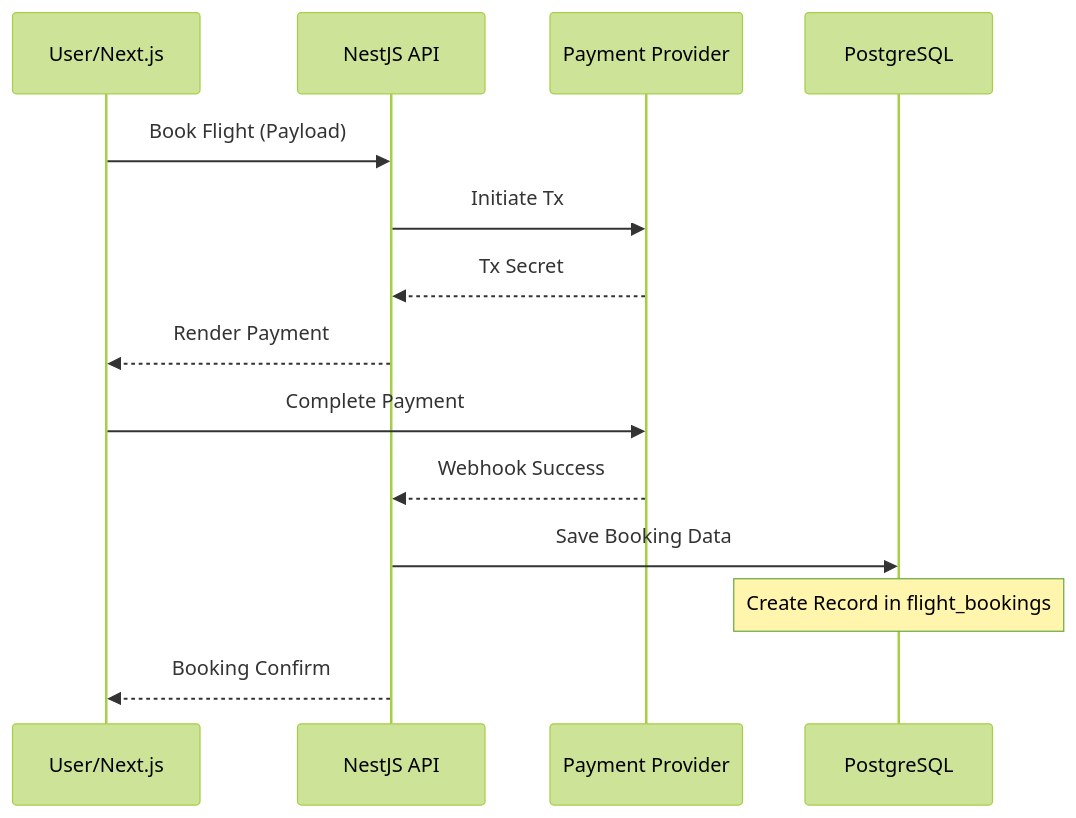
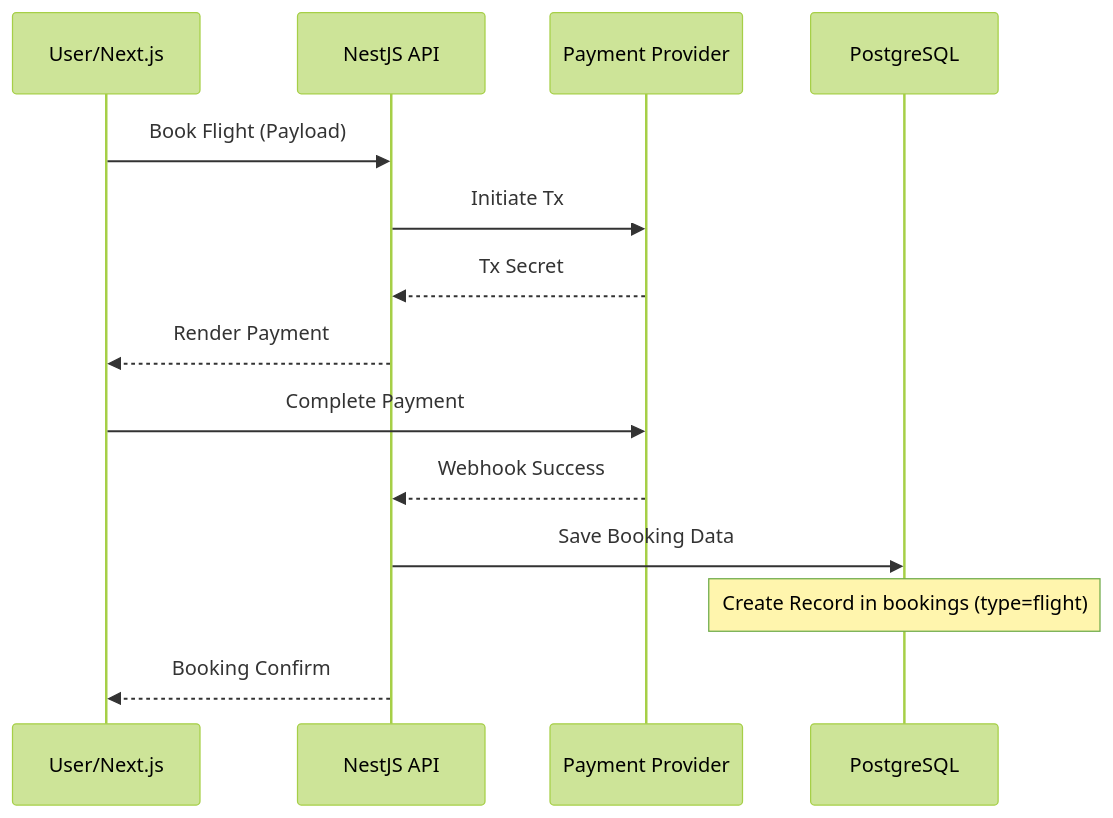
One commit to SaraMagdyAbdelhamed/booking_project_nodejs changed the third of 12 diagrams in README.md. Above: the diagram before and after it, drawn with Mermaid (forest theme). The commit also changed other lines of this file, not shown here.

Commit message:
Refine booking system architecture by enhancing entity relationships and clarifying booking pipelines for flights and hotels

````diff
--- a/README.md
+++ b/README.md
@@ -252,17 +230,17 @@
 ```mermaid
 sequenceDiagram
     participant U as User/Next.js
     participant A as NestJS API
     participant P as Payment Provider
     participant D as PostgreSQL
 
     U->>A: Book Flight (Payload)
     A->>P: Initiate Tx
     P-->>A: Tx Secret
     A-->>U: Render Payment
     U->>P: Complete Payment
     P-->>A: Webhook Success
     A->>D: Save Booking Data
-    Note over D: Create Record in flight_bookings
+    Note over D: Create Record in bookings (type=flight)
     A-->>U: Booking Confirm
 ```
````
